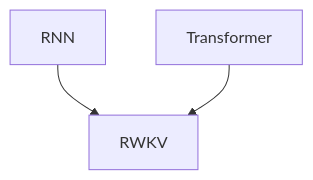
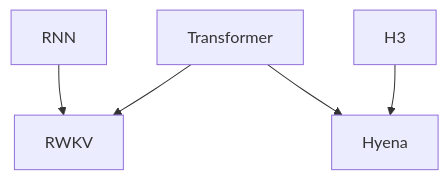
Diagram 11 of 23 in doc/llm.md (ted-sharp/chatvox), drawn with Mermaid before and after one commit. The commit also changed other lines of this file, not shown here.

````diff
--- a/doc/llm.md
+++ b/doc/llm.md
@@ -511,6 +519,8 @@
 ```mermaid
 flowchart
 
 RNN --> RWKV
 Transformer --> RWKV
+Transformer --> Hyena
+H3 --> Hyena
 ```
````
